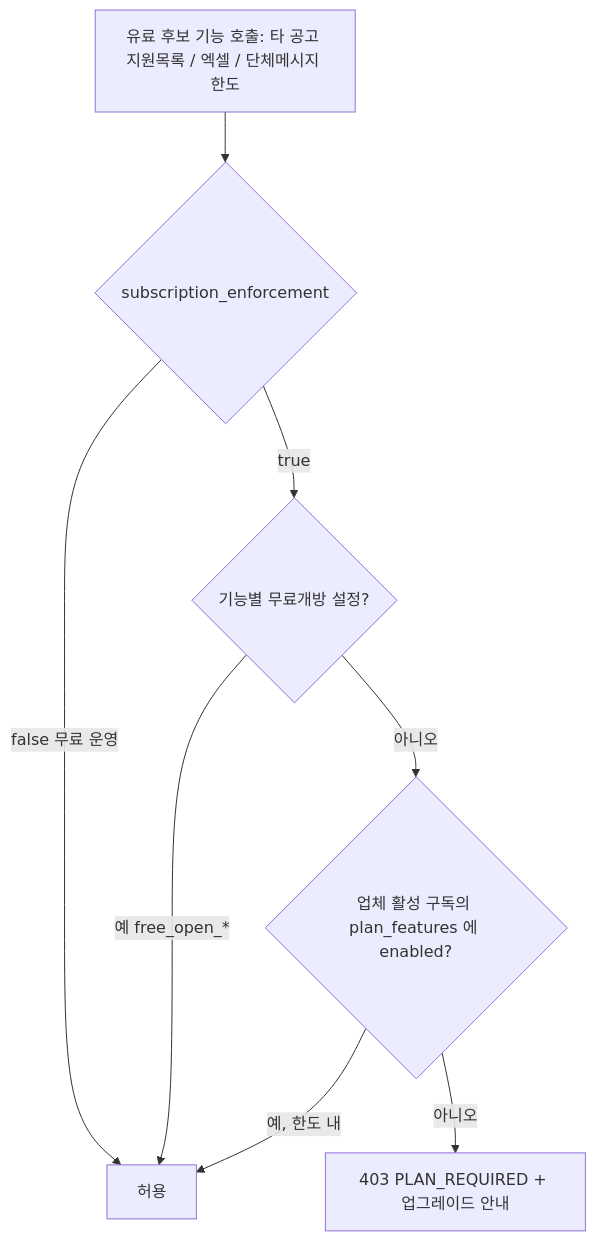
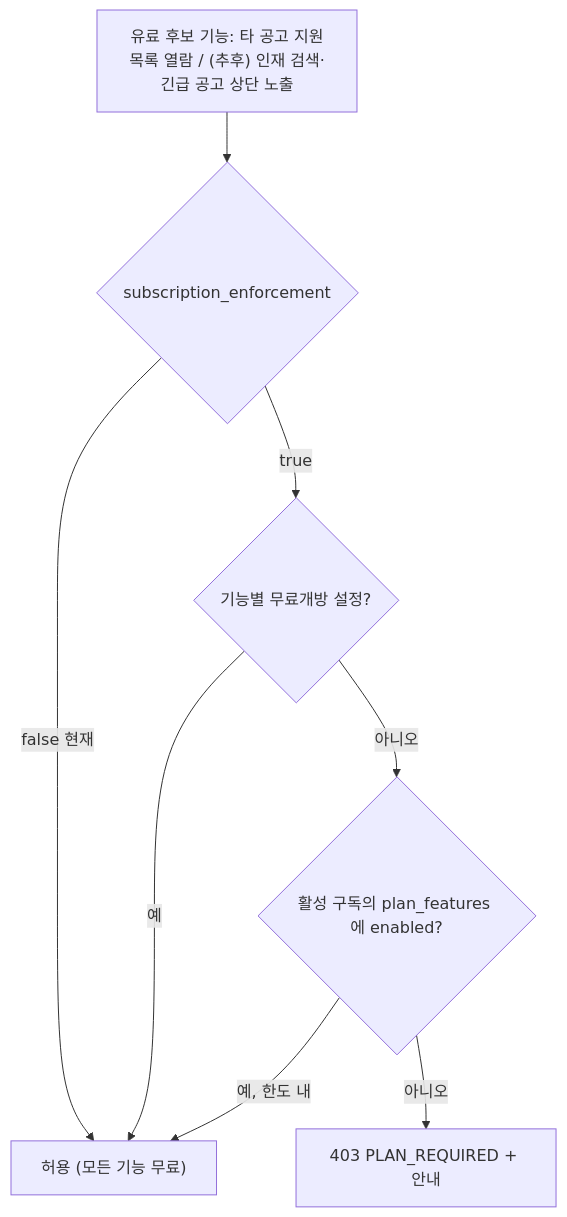
Diagram 12 of 12 in docs/02_프로세스정의서.md (7fsikMinQ/O), drawn with Mermaid before and after one commit. The commit also changed other lines of this file and 38 other files, not shown here.

````diff
--- a/docs/02_프로세스정의서.md
+++ b/docs/02_프로세스정의서.md
@@ -198,10 +212,10 @@
 ```mermaid
 flowchart TD
-  A["유료 후보 기능 호출: 타 공고 지원목록 / 엑셀 / 단체메시지 한도"] --> B{subscription_enforcement}
-  B -->|false 무료 운영| OK[허용]
-  B -->|true| C{기능별 무료개방 설정?}
-  C -->|예 free_open_*| OK
-  C -->|아니오| D{업체 활성 구독의 plan_features 에 enabled?}
+  A["유료 후보 기능: 타 공고 지원목록 열람 / (추후) 인재 검색·긴급 공고 상단 노출"] --> B{"subscription_enforcement"}
+  B -->|false 현재| OK["허용 (모든 기능 무료)"]
+  B -->|true| C{"기능별 무료개방 설정?"}
+  C -->|예| OK
+  C -->|아니오| D{"활성 구독의 plan_features 에 enabled?"}
   D -->|예, 한도 내| OK
-  D -->|아니오| E["403 PLAN_REQUIRED + 업그레이드 안내"]
+  D -->|아니오| E["403 PLAN_REQUIRED + 안내"]
 ```
````
